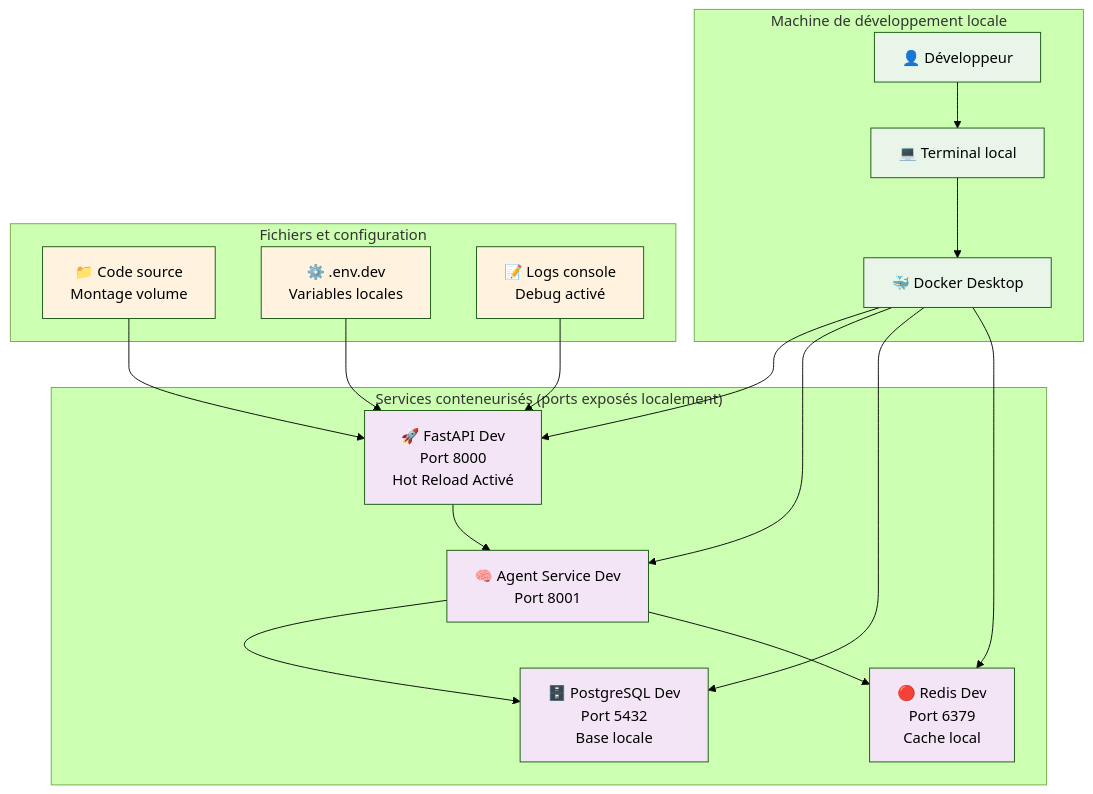
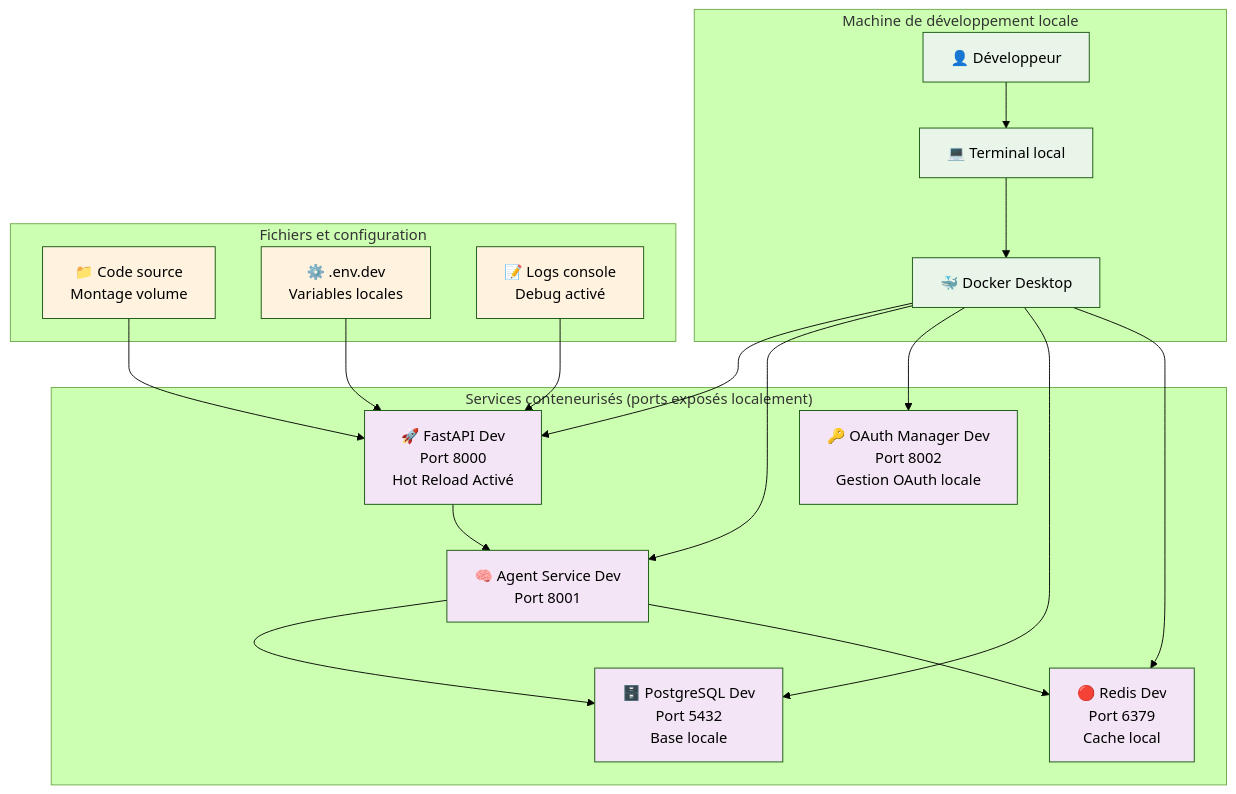
The second of 6 diagrams in docs/architecture/4_MAE_components_breakdown.md (BlokusPokus/ai_assistant), drawn with Mermaid (forest theme) before and after one commit. The commit also changed other lines of this file and 13 other files, not shown here.

First line of the commit message:
feat: Enhance Architecture Documentation for Multi-User Support and OAuth Integration

````diff
--- a/docs/architecture/4_MAE_components_breakdown.md
+++ b/docs/architecture/4_MAE_components_breakdown.md
@@ -149,46 +156,48 @@
 ```mermaid
 graph TB
     subgraph "Machine de développement locale"
         DEV_USER[👤 Développeur]
         DEV_TERMINAL[💻 Terminal local]
         DEV_DOCKER[🐳 Docker Desktop]
     end
 
     subgraph "Services conteneurisés (ports exposés localement)"
         DEV_API[🚀 FastAPI Dev<br/>Port 8000<br/>Hot Reload Activé]
         DEV_AGENT[🧠 Agent Service Dev<br/>Port 8001]
+        DEV_OAUTH[🔑 OAuth Manager Dev<br/>Port 8002<br/>Gestion OAuth locale]
         DEV_POSTGRES[🗄️ PostgreSQL Dev<br/>Port 5432<br/>Base locale]
         DEV_REDIS[🔴 Redis Dev<br/>Port 6379<br/>Cache local]
     end
 
     subgraph "Fichiers et configuration"
         DEV_SRC[📁 Code source<br/>Montage volume]
         DEV_ENV[⚙️ .env.dev<br/>Variables locales]
         DEV_LOGS[📝 Logs console<br/>Debug activé]
     end
 
     %% Flux de développement
     DEV_USER --> DEV_TERMINAL
     DEV_TERMINAL --> DEV_DOCKER
     DEV_DOCKER --> DEV_API
     DEV_DOCKER --> DEV_AGENT
+    DEV_DOCKER --> DEV_OAUTH
     DEV_DOCKER --> DEV_POSTGRES
     DEV_DOCKER --> DEV_REDIS
 
     DEV_API --> DEV_AGENT
     DEV_AGENT --> DEV_POSTGRES
     DEV_AGENT --> DEV_REDIS
 
     DEV_SRC --> DEV_API
     DEV_ENV --> DEV_API
     DEV_LOGS --> DEV_API
 
     %% Styling
     classDef dev fill:#e8f5e8
     classDef services fill:#f3e5f5
     classDef files fill:#fff3e0
 
     class DEV_USER,DEV_TERMINAL,DEV_DOCKER dev
-    class DEV_API,DEV_AGENT,DEV_POSTGRES,DEV_REDIS services
+    class DEV_API,DEV_AGENT,DEV_OAUTH,DEV_POSTGRES,DEV_REDIS services
     class DEV_SRC,DEV_ENV,DEV_LOGS files
 ```
````
